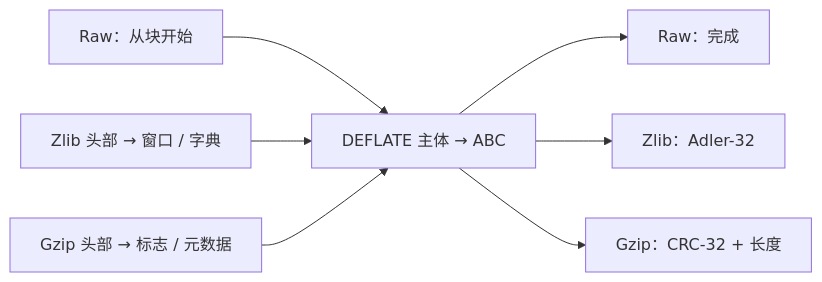
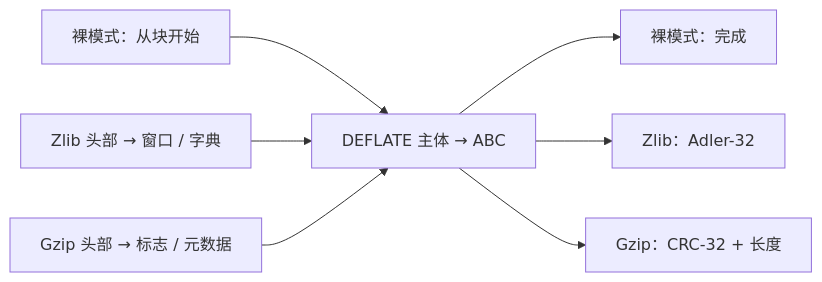
One commit to cla7aye15I4nd/zlib-f changed the diagram in site/content/sample/wrappers.zh.md. Above: the diagram before and after it, drawn with Mermaid. The commit also changed other lines of this file and 58 other files, not shown here.

````diff
--- a/site/content/sample/wrappers.zh.md
+++ b/site/content/sample/wrappers.zh.md
@@ -26,9 +26,9 @@
 ```mermaid
 flowchart LR
-    R["Raw：从块开始"] --> B["DEFLATE 主体 → ABC"]
+    R["裸模式：从块开始"] --> B["DEFLATE 主体 → ABC"]
     Z["Zlib 头部 → 窗口 / 字典"] --> B
     G["Gzip 头部 → 标志 / 元数据"] --> B
-    B --> E["Raw：完成"]
+    B --> E["裸模式：完成"]
     B --> A["Zlib：Adler-32"]
     B --> C["Gzip：CRC-32 + 长度"]
 ```
````
